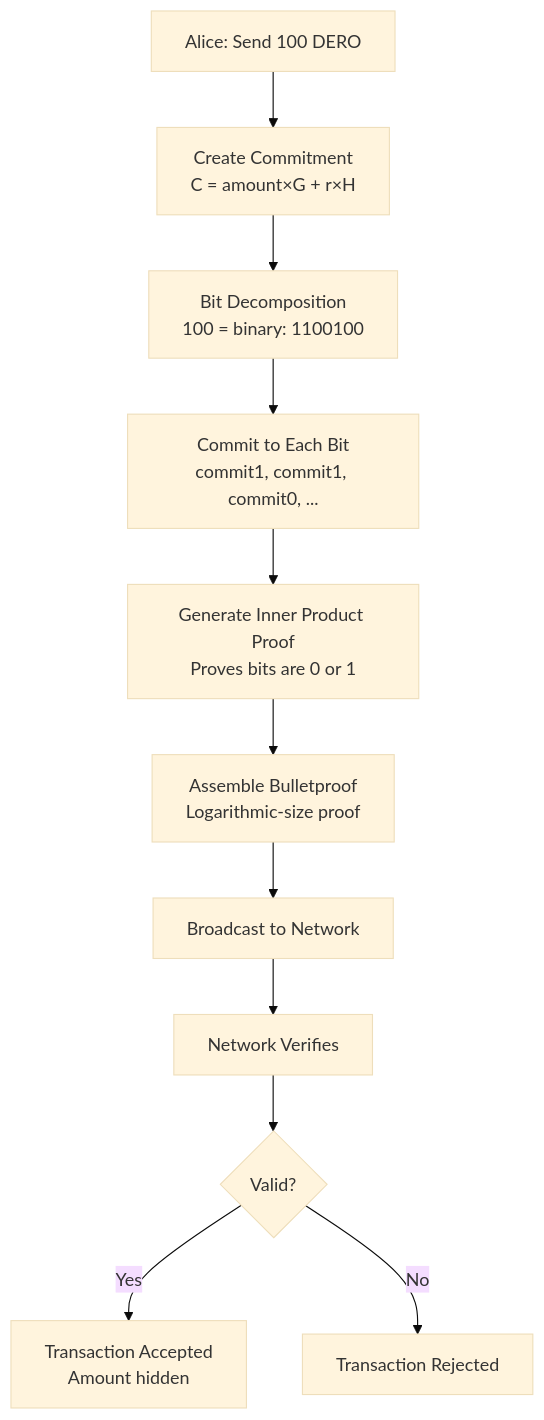
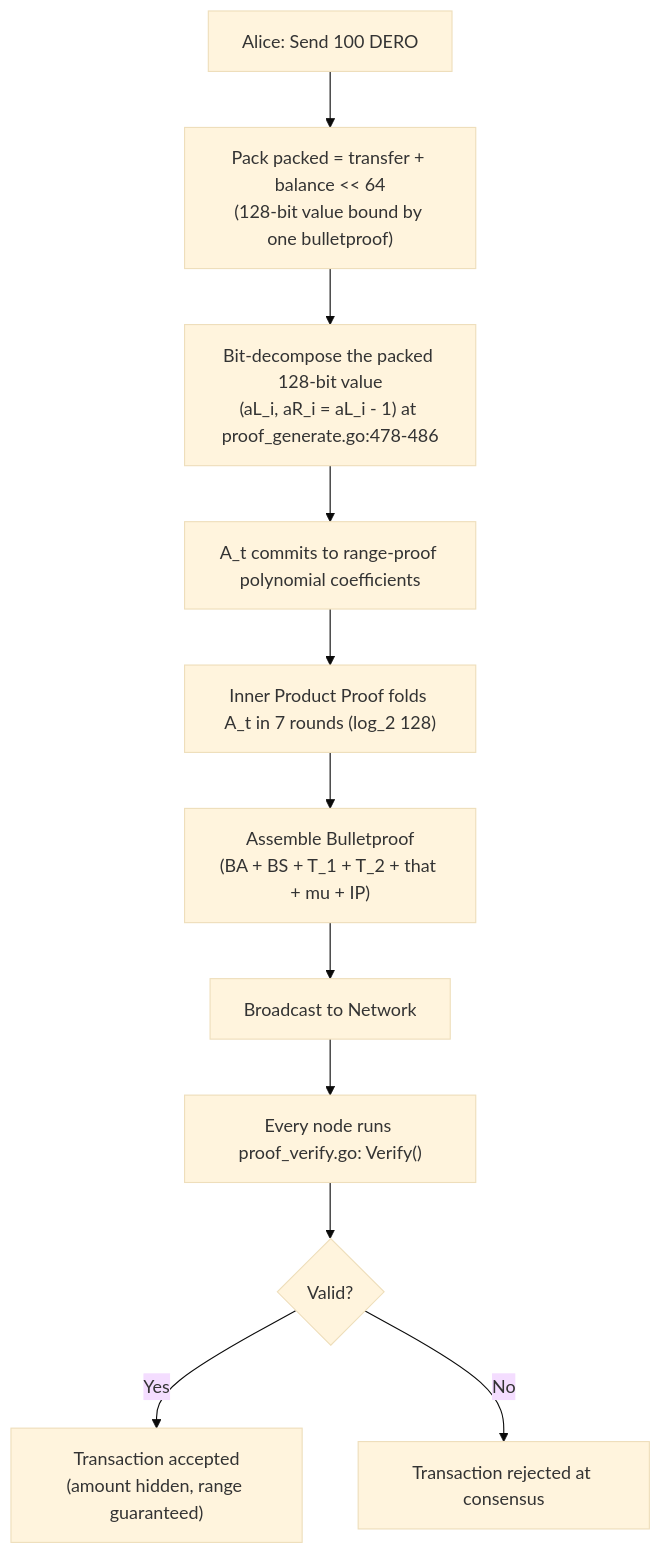
The first of 4 diagrams in derod-main/pages/privacy/bulletproofs.mdx (DHEBP/dero-docs), drawn with Mermaid (base theme) before and after one commit. The commit also changed other lines of this file and 18 other files, not shown here.

````diff
--- a/derod-main/pages/privacy/bulletproofs.mdx
+++ b/derod-main/pages/privacy/bulletproofs.mdx
@@ -98,13 +98,13 @@
 ```mermaid
 flowchart TD
-    A["Alice: Send 100 DERO"] --> B["Create Commitment<br/>C = amount×G + r×H"]
-    B --> C["Bit Decomposition<br/>100 = binary: 1100100"]
-    C --> D["Commit to Each Bit<br/>commit1, commit1, commit0, ..."]
-    D --> E["Generate Inner Product Proof<br/>Proves bits are 0 or 1"]
-    E --> F["Assemble Bulletproof<br/>Logarithmic-size proof"]
+    A["Alice: Send 100 DERO"] --> B["Pack packed = transfer + balance &lt;&lt; 64<br/>(128-bit value bound by one bulletproof)"]
+    B --> C["Bit-decompose the packed 128-bit value<br/>(aL_i, aR_i = aL_i - 1) at proof_generate.go:478-486"]
+    C --> D["A_t commits to range-proof polynomial coefficients"]
+    D --> E["Inner Product Proof folds A_t in 7 rounds (log_2 128)"]
+    E --> F["Assemble Bulletproof<br/>(BA + BS + T_1 + T_2 + that + mu + IP)"]
     F --> G["Broadcast to Network"]
-    G --> H["Network Verifies"]
+    G --> H["Every node runs proof_verify.go: Verify()"]
     H --> I{Valid?}
-    I -->|Yes| J["Transaction Accepted<br/>Amount hidden"]
-    I -->|No| K["Transaction Rejected"]
+    I -->|Yes| J["Transaction accepted<br/>(amount hidden, range guaranteed)"]
+    I -->|No| K["Transaction rejected at consensus"]
 ```
````
